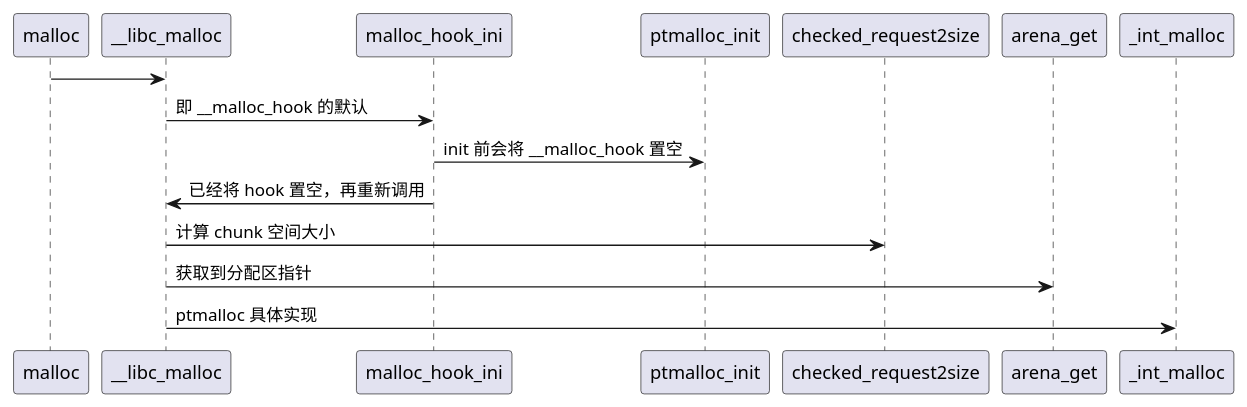
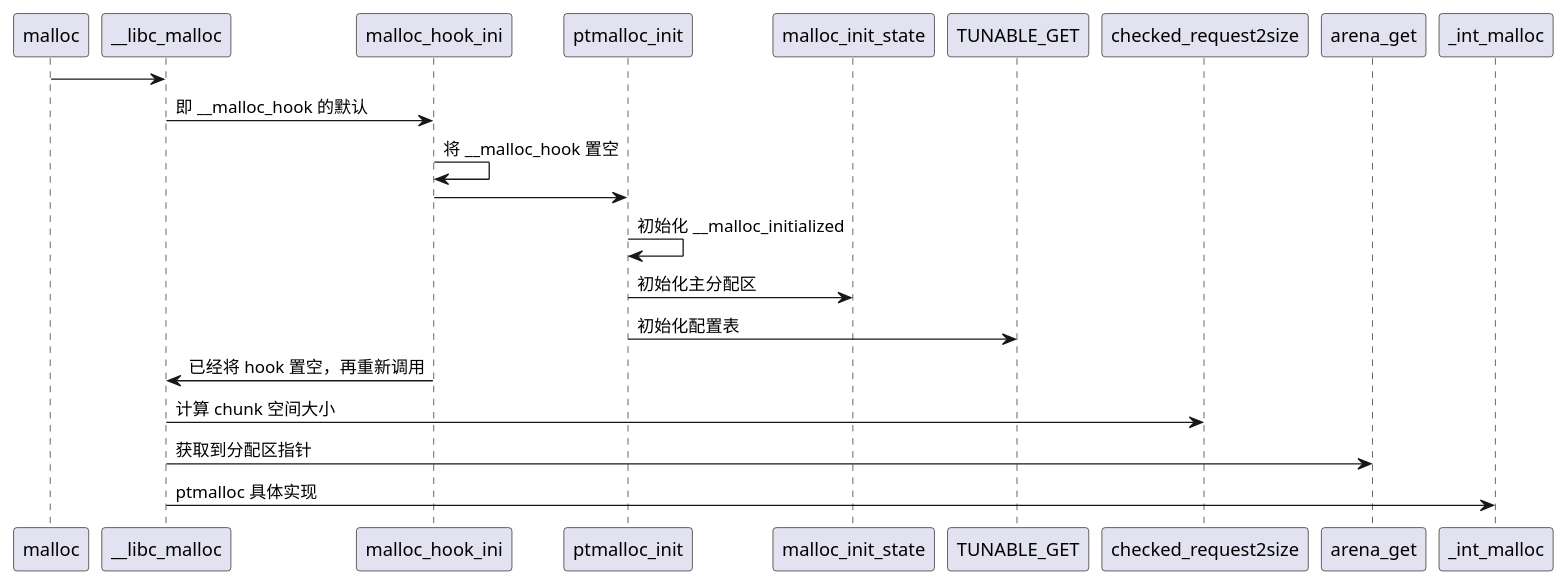
Before and after one commit to HATTER-LONG/glibc_Learnging: the first of 2 diagrams in Doc/02_内存管理/uml/ptmalloc.pu, drawn with PlantUML. The commit also changed 12 other files, not shown here.

```diff
--- a/Doc/02_内存管理/uml/ptmalloc.pu
+++ b/Doc/02_内存管理/uml/ptmalloc.pu
@@ -1,9 +1,13 @@
 @startuml ptmalloc 第一次调用
 malloc -> __libc_malloc
 __libc_malloc ->  malloc_hook_ini: 即 __malloc_hook 的默认
-malloc_hook_ini -> ptmalloc_init: init 前会将 __malloc_hook 置空
+malloc_hook_ini -> malloc_hook_ini: 将 __malloc_hook 置空
+malloc_hook_ini -> ptmalloc_init: 
+ptmalloc_init -> ptmalloc_init: 初始化 __malloc_initialized
+ptmalloc_init -> malloc_init_state: 初始化主分配区
+ptmalloc_init -> TUNABLE_GET: 初始化配置表
 malloc_hook_ini -> __libc_malloc: 已经将 hook 置空，再重新调用
 __libc_malloc -> checked_request2size: 计算 chunk 空间大小
 __libc_malloc -> arena_get: 获取到分配区指针
 __libc_malloc -> _int_malloc: ptmalloc 具体实现
 @enduml
```
